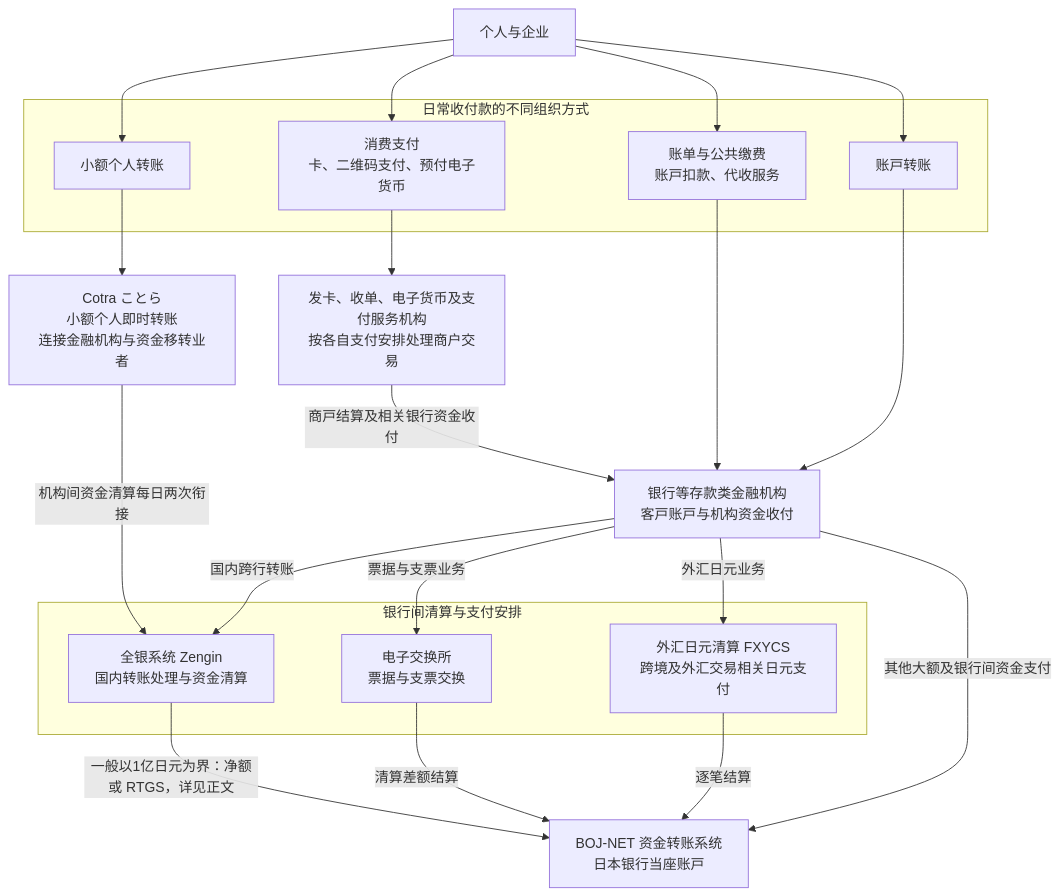
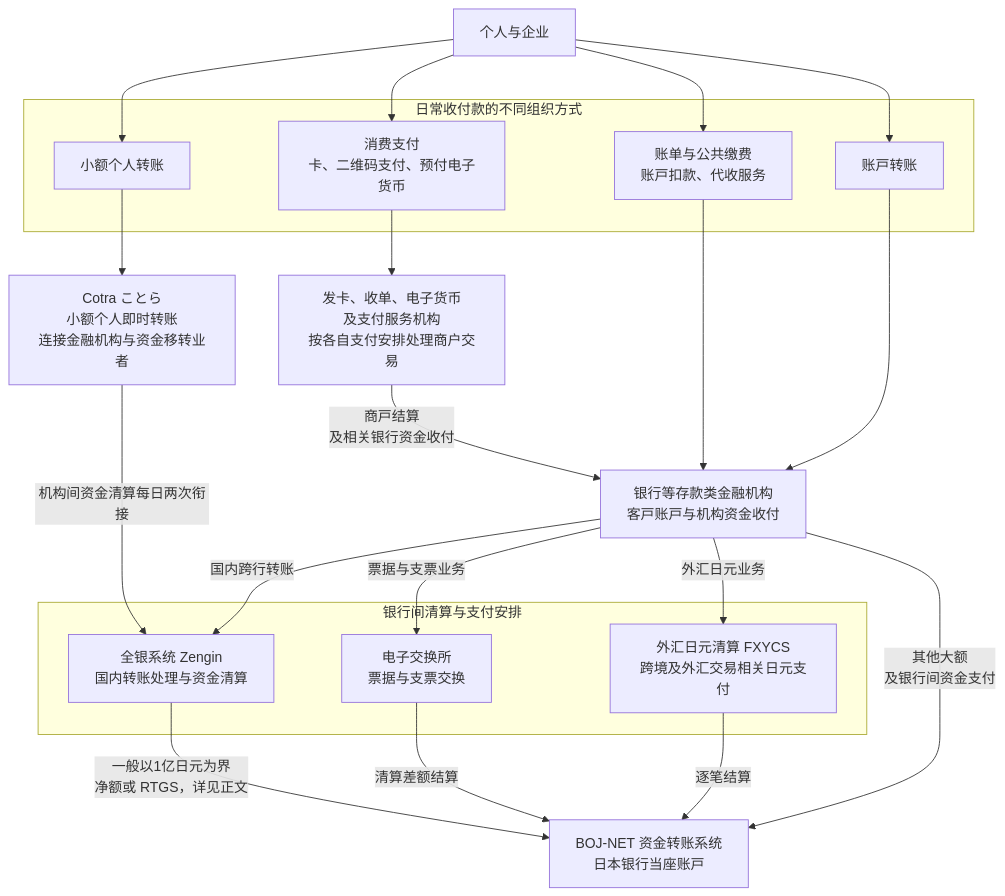
One commit to WCY-dt/blog changed the tenth of 29 diagrams in _posts/2026-09-05-交易模型.md. Above: the diagram before and after it, drawn with Mermaid. The commit also changed other lines of this file, not shown here.

````diff
--- a/_posts/2026-09-05-交易模型.md
+++ b/_posts/2026-09-05-交易模型.md
@@ -857,40 +962,40 @@
 ```mermaid
 flowchart TB
     U["个人与企业"]
 
     subgraph RETAIL["日常收付款的不同组织方式"]
         MERCHANT["消费支付<br/>卡、二维码支付、预付电子货币"]
         COLLECTION["账单与公共缴费<br/>账户扣款、代收服务"]
         TRANSFER["账户转账"]
         SMALL["小额个人转账"]
     end
 
     U --> MERCHANT & COLLECTION & TRANSFER & SMALL
 
-    OP["发卡、收单、电子货币及支付服务机构<br/>按各自支付安排处理商户交易"]
+    OP["发卡、收单、电子货币<br>及支付服务机构<br/>按各自支付安排处理商户交易"]
     BANK["银行等存款类金融机构<br/>客户账户与机构资金收付"]
     COTRA["Cotra ことら<br/>小额个人即时转账<br/>连接金融机构与资金移转业者"]
 
     MERCHANT --> OP
-    OP -->|"商户结算及相关银行资金收付"| BANK
+    OP -->|"商户结算<br>及相关银行资金收付"| BANK
     COLLECTION --> BANK
     TRANSFER --> BANK
     SMALL --> COTRA
 
     subgraph CLEAR["银行间清算与支付安排"]
         ZENGIN["全银系统 Zengin<br/>国内转账处理与资金清算"]
         BILL["电子交换所<br/>票据与支票交换"]
         FX["外汇日元清算 FXYCS<br/>跨境及外汇交易相关日元支付"]
     end
 
     COTRA -->|"机构间资金清算每日两次衔接"| ZENGIN
     BANK -->|"国内跨行转账"| ZENGIN
     BANK -->|"票据与支票业务"| BILL
     BANK -->|"外汇日元业务"| FX
 
     BOJ["BOJ-NET 资金转账系统<br/>日本银行当座账户"]
-    ZENGIN -->|"一般以1亿日元为界：净额或 RTGS，详见正文"| BOJ
+    ZENGIN -->|"一般以1亿日元为界<br>净额或 RTGS，详见正文"| BOJ
     BILL -->|"清算差额结算"| BOJ
     FX -->|"逐笔结算"| BOJ
-    BANK -->|"其他大额及银行间资金支付"| BOJ
+    BANK -->|"其他大额<br>及银行间资金支付"| BOJ
 ```
````
